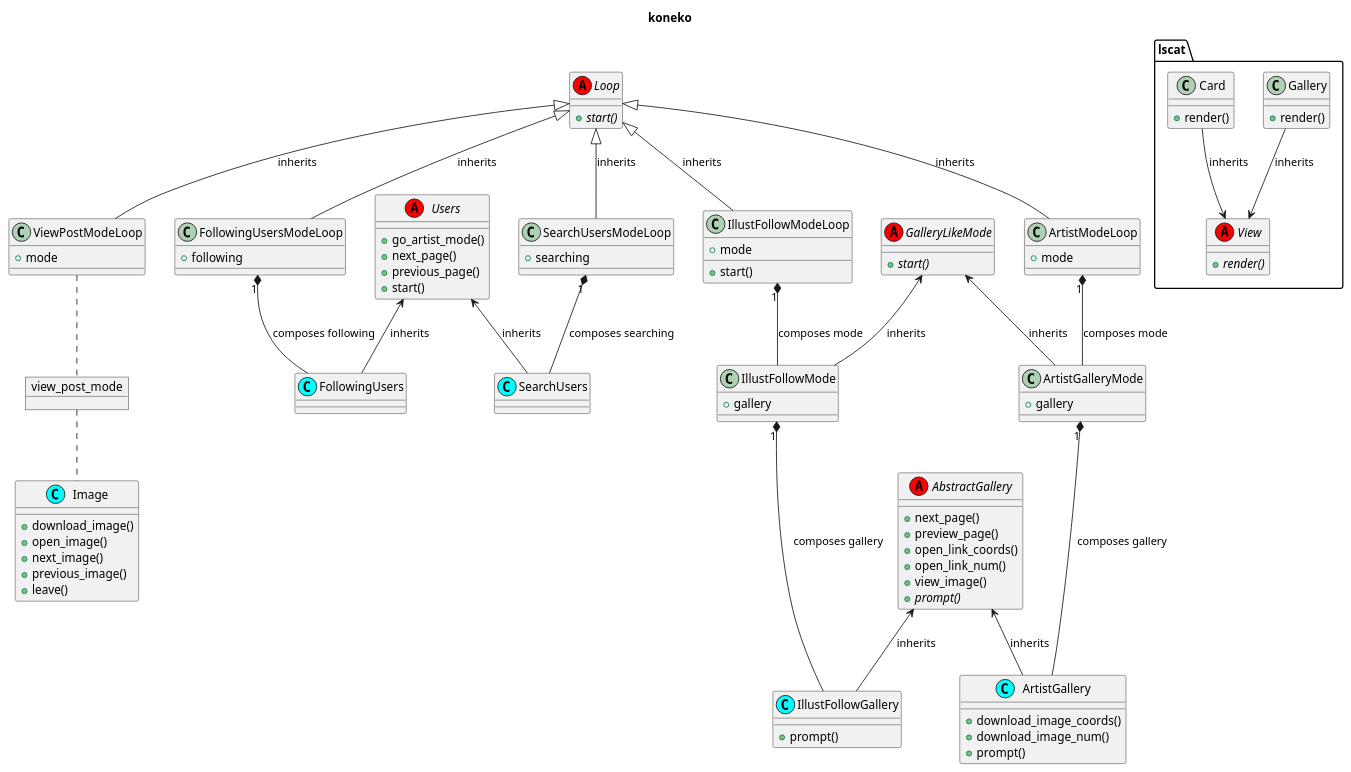
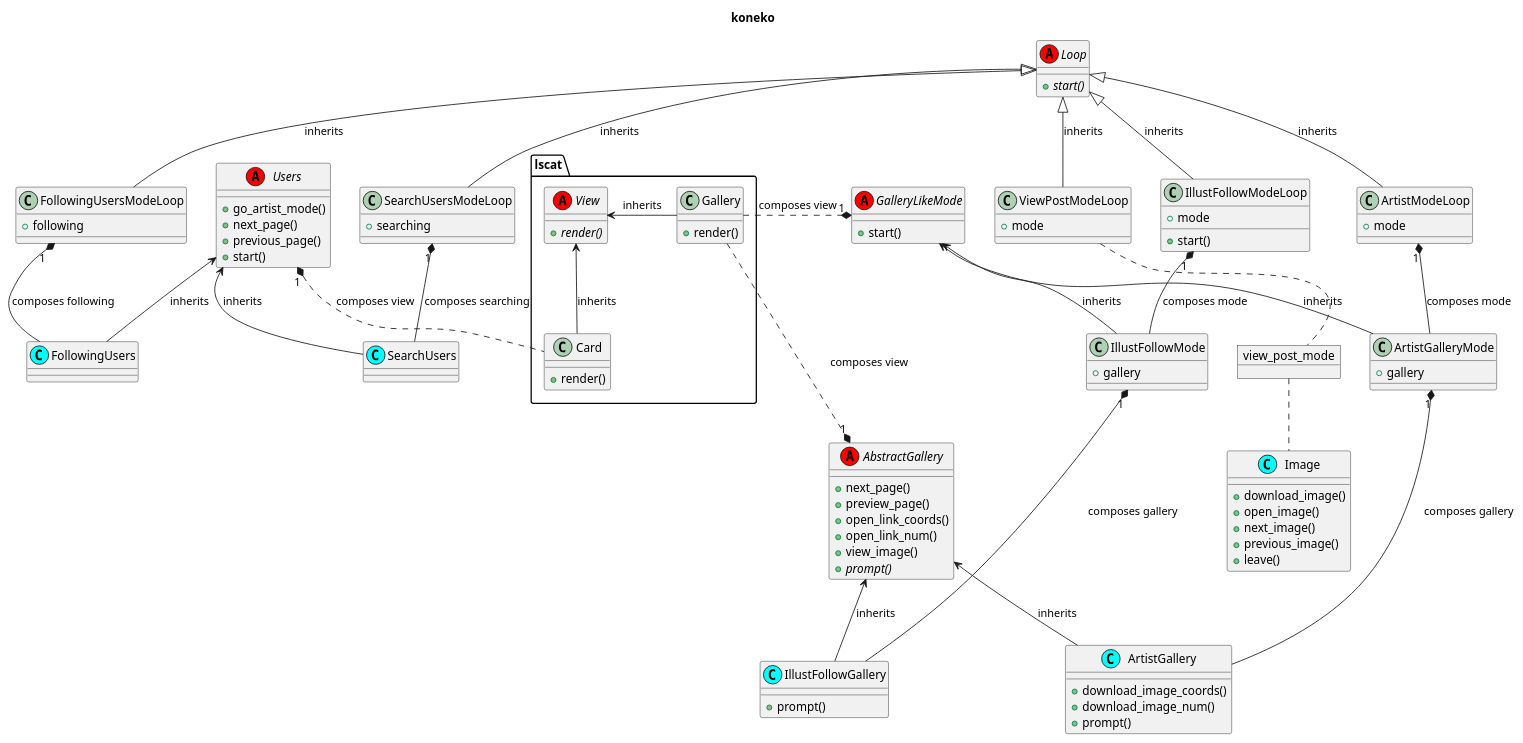
One commit to akazukin5151/koneko-old changed the diagram in classes.puml. Above: the diagram before and after it, drawn with PlantUML. The commit also changed 1 other file, not shown here.

Commit message:
Soft composition from lscat

```diff
--- a/classes.puml
+++ b/classes.puml
@@ -1,115 +1,131 @@
 @startuml
 
 title koneko
 
 
 abstract class Loop <<(A, red)>>{
   +{abstract}start()
 }
 
 class ArtistModeLoop {
     + mode
 }
 class IllustFollowModeLoop {
     + mode
     +start()
 }
 Loop <|-down- ArtistModeLoop: inherits
 Loop <|-down- IllustFollowModeLoop: inherits
 
 
 abstract class GalleryLikeMode <<(A, red)>>{
-    +{abstract}start()
+    +start()
 }
 class ArtistGalleryMode {
     + gallery
 }
 class IllustFollowMode {
     + gallery
 }
 abstract class AbstractGallery <<(A, red)>>{
     +next_page()
     +preview_page()
     +open_link_coords()
     +open_link_num()
     +view_image()
     +{abstract}prompt()
 }
 
 class ArtistGallery <<(C, cyan)>>{
     +download_image_coords()
     +download_image_num()
     +prompt()
 }
 class IllustFollowGallery <<(C, cyan)>>{
     +prompt()
 }
 
 GalleryLikeMode <-down- ArtistGalleryMode: inherits
 ArtistModeLoop "1" *-down- ArtistGalleryMode: composes mode
 
 GalleryLikeMode <-down- IllustFollowMode: inherits
 IllustFollowModeLoop "1" *-down- IllustFollowMode: composes mode
 
 AbstractGallery <-down- IllustFollowGallery: inherits
 IllustFollowMode "1" *-down-- IllustFollowGallery: composes gallery
 
 AbstractGallery <-down- ArtistGallery: inherits
 ArtistGalleryMode "1" *-down-- ArtistGallery: composes gallery
 
 
 class ViewPostModeLoop {
     + mode
 }
 object view_post_mode
 class Image <<(C, cyan)>>{
     + download_image()
     + open_image()
     + next_image()
     + previous_image()
     + leave()
 }
 
 ViewPostModeLoop -right[hidden]-> IllustFollowModeLoop
 Loop <|-down- ViewPostModeLoop: inherits
 ViewPostModeLoop .. view_post_mode
 view_post_mode .. Image
 
 
 class FollowingUsersModeLoop {
     + following
 }
 class SearchUsersModeLoop {
     + searching
 }
 FollowingUsersModeLoop -right[hidden]-> IllustFollowModeLoop
 SearchUsersModeLoop -right[hidden]-> IllustFollowModeLoop
 Loop <|-down- FollowingUsersModeLoop: inherits
 Loop <|-down- SearchUsersModeLoop: inherits
 
 class FollowingUsers <<(C, cyan)>>
 class SearchUsers <<(C, cyan)>>
 abstract class Users <<(A, red)>>{
     +go_artist_mode()
     +next_page()
     +previous_page()
     +start()
 }
 Users <-down- FollowingUsers: inherits
 Users <-down- SearchUsers: inherits
 FollowingUsersModeLoop "1" *-down- FollowingUsers: composes following
 SearchUsersModeLoop "1" *-down- SearchUsers: composes searching
 
 abstract class lscat.View <<(A, red)>>{
     +{abstract}render()
 }
 class lscat.Card {
     + render()
 }
 class lscat.Gallery {
     + render()
 }
-lscat.View <-up- lscat.Card: inherits
-lscat.View <-up- lscat.Gallery: inherits
+
+lscat.View <-down- lscat.Card: inherits
+lscat.View <-left- lscat.Gallery: inherits
+
+Users "1" *.down. lscat.Card: composes view
+GalleryLikeMode "1" *.up lscat.Gallery: composes view
+AbstractGallery "1" *.up lscat.Gallery: composes view
+
+AbstractGallery --up[hidden]-> GalleryLikeMode
+IllustFollowMode -right[hidden]-> ArtistGalleryMode
+SearchUsers -right[hidden]-> IllustFollowMode
+
+lscat.Gallery --left[hidden]-> IllustFollowGallery
+GalleryLikeMode -down[hidden]-> IllustFollowGallery
+GalleryLikeMode -down[hidden]-> ArtistGallery
+
+Users -right[hidden]-> GalleryLikeMode
+lscat.Card -up[hidden]-> GalleryLikeMode
 
 @enduml
```
